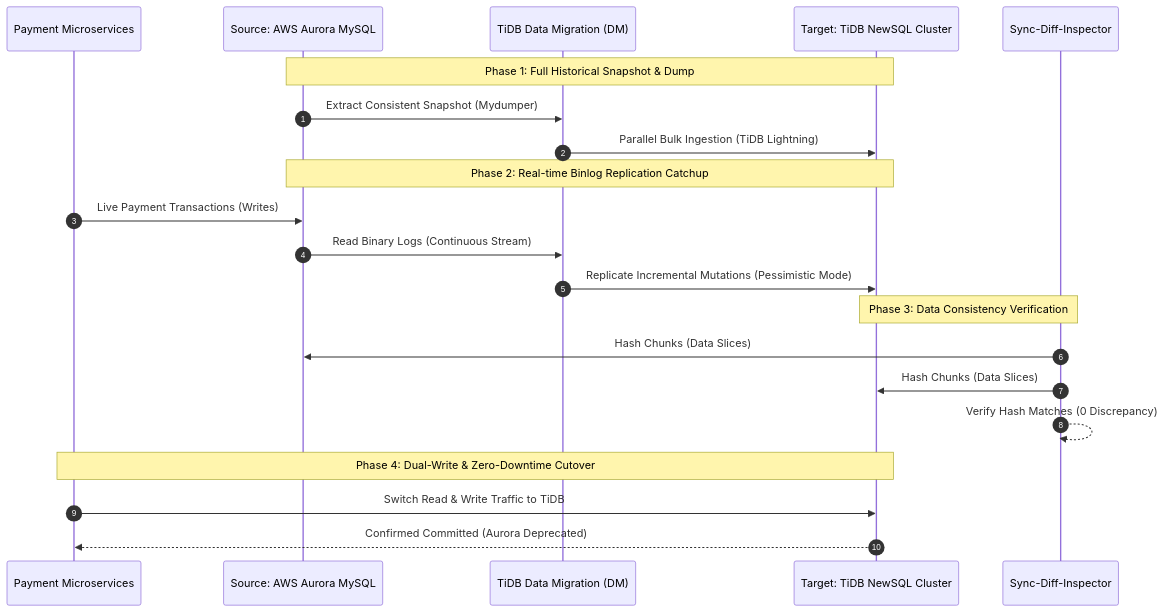
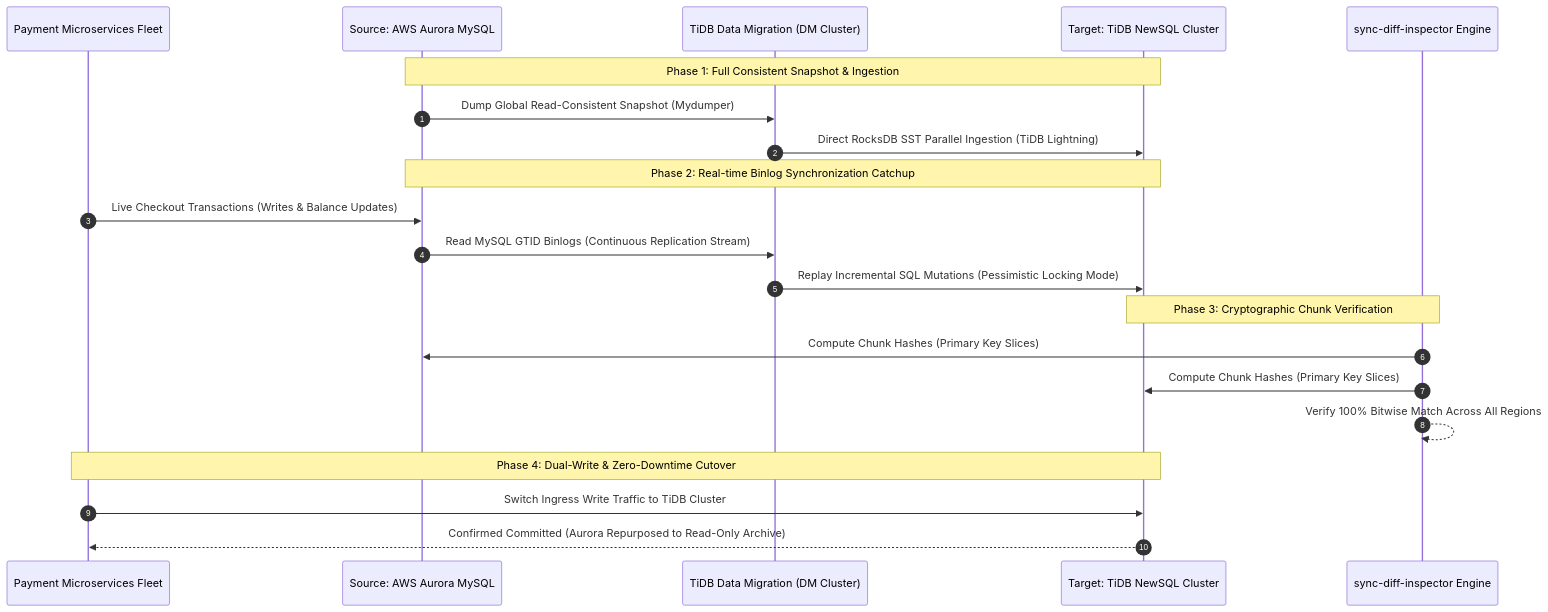
Before and after one commit to vesviet/vesviet: the third of 3 diagrams in content/series/paypay-architecture/part-3-data-layer-tidb.md, drawn with Mermaid. The commit also changed other lines of this file and 36 other files, not shown here.

Commit message:
feat(sprint-2): upgrade paypay and shopee architecture series to 2027 SOTA masterclass

````diff
--- a/content/series/paypay-architecture/part-3-data-layer-tidb.md
+++ b/content/series/paypay-architecture/part-3-data-layer-tidb.md
@@ -125,27 +176,27 @@
 ```mermaid
 sequenceDiagram
     autonumber
-    participant App as Payment Microservices
+    participant App as Payment Microservices Fleet
     participant Aurora as Source: AWS Aurora MySQL
-    participant DM as TiDB Data Migration (DM)
+    participant DM as TiDB Data Migration (DM Cluster)
     participant TiDB as Target: TiDB NewSQL Cluster
-    participant Inspector as Sync-Diff-Inspector
+    participant Inspector as sync-diff-inspector Engine
 
-    Note over Aurora, TiDB: Phase 1: Full Historical Snapshot & Dump
-    Aurora->>DM: Extract Consistent Snapshot (Mydumper)
-    DM->>TiDB: Parallel Bulk Ingestion (TiDB Lightning)
+    Note over Aurora, TiDB: Phase 1: Full Consistent Snapshot & Ingestion
+    Aurora->>DM: Dump Global Read-Consistent Snapshot (Mydumper)
+    DM->>TiDB: Direct RocksDB SST Parallel Ingestion (TiDB Lightning)
 
-    Note over Aurora, TiDB: Phase 2: Real-time Binlog Replication Catchup
-    App->>Aurora: Live Payment Transactions (Writes)
-    Aurora->>DM: Read Binary Logs (Continuous Stream)
-    DM->>TiDB: Replicate Incremental Mutations (Pessimistic Mode)
+    Note over Aurora, TiDB: Phase 2: Real-time Binlog Synchronization Catchup
+    App->>Aurora: Live Checkout Transactions (Writes & Balance Updates)
+    Aurora->>DM: Read MySQL GTID Binlogs (Continuous Replication Stream)
+    DM->>TiDB: Replay Incremental SQL Mutations (Pessimistic Locking Mode)
 
-    Note over TiDB, Inspector: Phase 3: Data Consistency Verification
-    Inspector->>Aurora: Hash Chunks (Data Slices)
-    Inspector->>TiDB: Hash Chunks (Data Slices)
-    Inspector-->>Inspector: Verify Hash Matches (0 Discrepancy)
+    Note over TiDB, Inspector: Phase 3: Cryptographic Chunk Verification
+    Inspector->>Aurora: Compute Chunk Hashes (Primary Key Slices)
+    Inspector->>TiDB: Compute Chunk Hashes (Primary Key Slices)
+    Inspector-->>Inspector: Verify 100% Bitwise Match Across All Regions
 
     Note over App, TiDB: Phase 4: Dual-Write & Zero-Downtime Cutover
-    App->>TiDB: Switch Read & Write Traffic to TiDB
-    TiDB-->>App: Confirmed Committed (Aurora Deprecated)
+    App->>TiDB: Switch Ingress Write Traffic to TiDB Cluster
+    TiDB-->>App: Confirmed Committed (Aurora Repurposed to Read-Only Archive)
 ```
````
